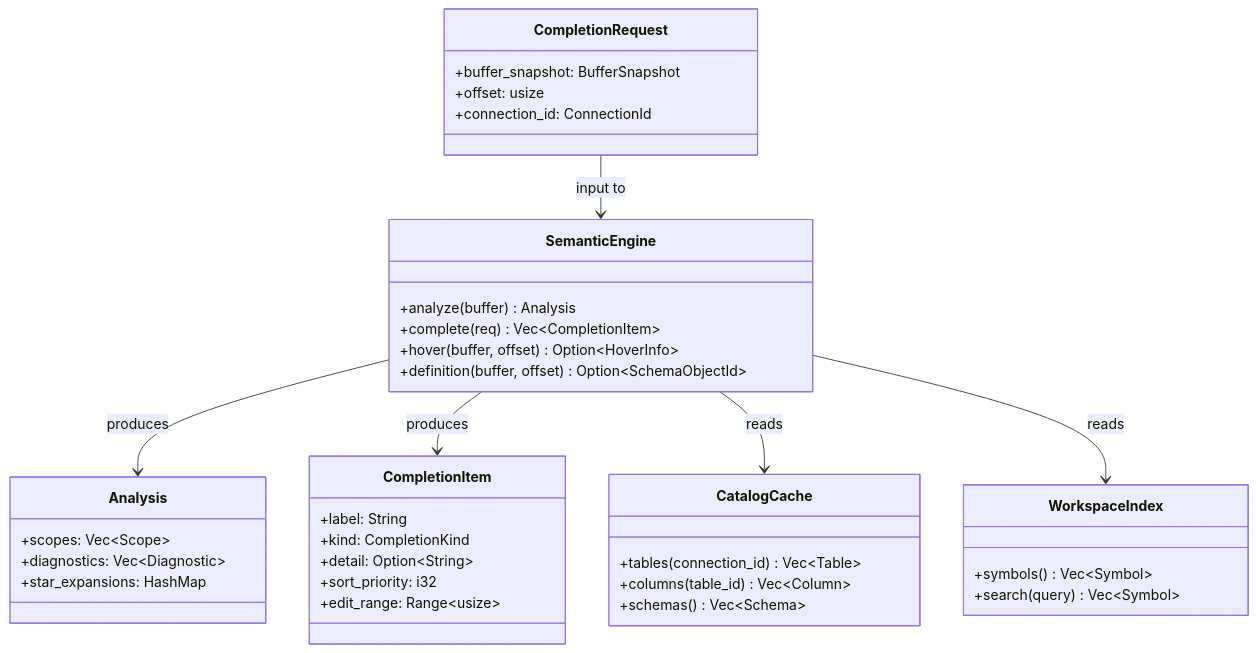
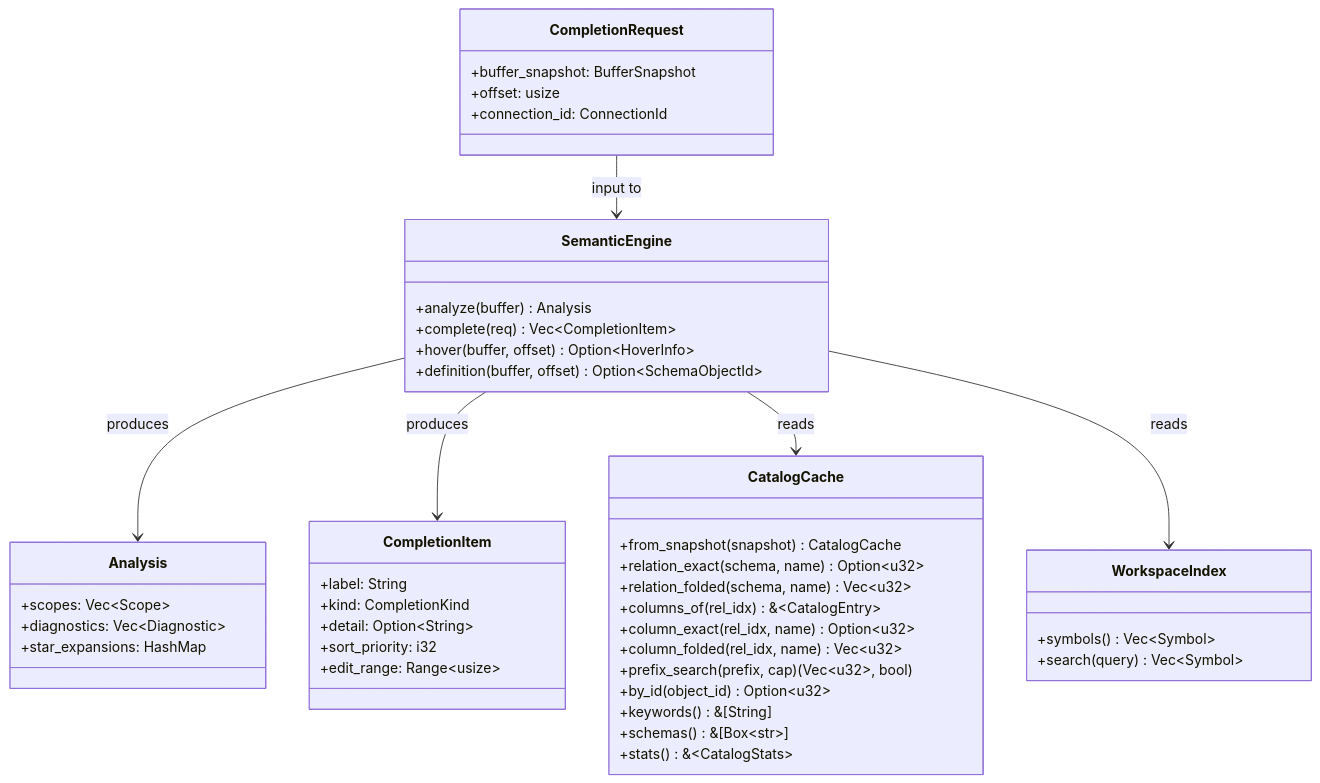
One commit to mohamad-kanso/Tempr changed the third of 3 diagrams in docs/12-sql-intelligence.md. Above: the diagram before and after it, drawn with Mermaid. The commit also changed other lines of this file and 11 other files, not shown here.

First line of the commit message:
feat(intel): tempr_intel crate — in-memory CatalogCache (Phase 3 stage 3) (#18)

````diff
--- a/docs/12-sql-intelligence.md
+++ b/docs/12-sql-intelligence.md
@@ -382,46 +382,54 @@
 ```mermaid
 classDiagram
     class SemanticEngine {
         +analyze(buffer) Analysis
         +complete(req) Vec~CompletionItem~
         +hover(buffer, offset) Option~HoverInfo~
         +definition(buffer, offset) Option~SchemaObjectId~
     }
 
     class Analysis {
         +scopes: Vec~Scope~
         +diagnostics: Vec~Diagnostic~
         +star_expansions: HashMap
     }
 
     class CompletionRequest {
         +buffer_snapshot: BufferSnapshot
         +offset: usize
         +connection_id: ConnectionId
     }
 
     class CompletionItem {
         +label: String
         +kind: CompletionKind
         +detail: Option~String~
         +sort_priority: i32
         +edit_range: Range~usize~
     }
 
     class CatalogCache {
-        +tables(connection_id) Vec~Table~
-        +columns(table_id) Vec~Column~
-        +schemas() Vec~Schema~
+        +from_snapshot(snapshot) CatalogCache
+        +relation_exact(schema, name) Option~u32~
+        +relation_folded(schema, name) Vec~u32~
+        +columns_of(rel_idx) &~CatalogEntry~
+        +column_exact(rel_idx, name) Option~u32~
+        +column_folded(rel_idx, name) Vec~u32~
+        +prefix_search(prefix, cap) (Vec~u32~, bool)
+        +by_id(object_id) Option~u32~
+        +keywords() &[String]
+        +schemas() &[Box~str~]
+        +stats() &~CatalogStats~
     }
 
     class WorkspaceIndex {
         +symbols() Vec~Symbol~
         +search(query) Vec~Symbol~
     }
 
     SemanticEngine --> Analysis : produces
     SemanticEngine --> CompletionItem : produces
     SemanticEngine --> CatalogCache : reads
     SemanticEngine --> WorkspaceIndex : reads
     CompletionRequest --> SemanticEngine : input to
 ```
````
